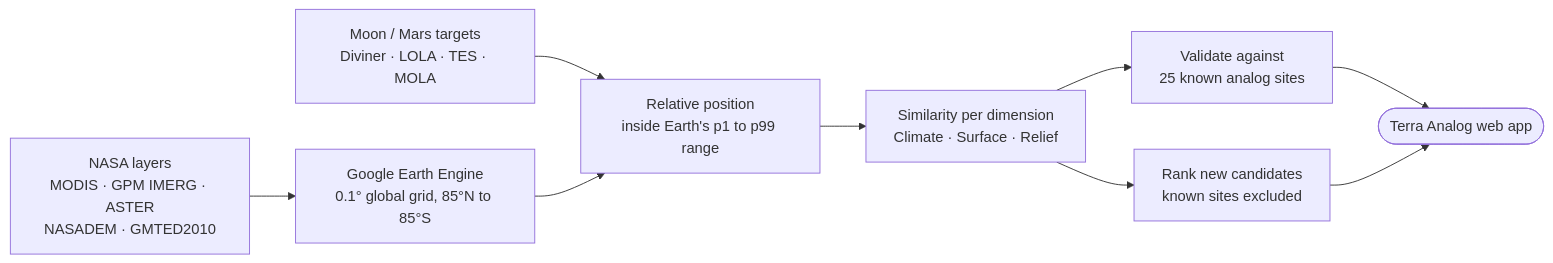
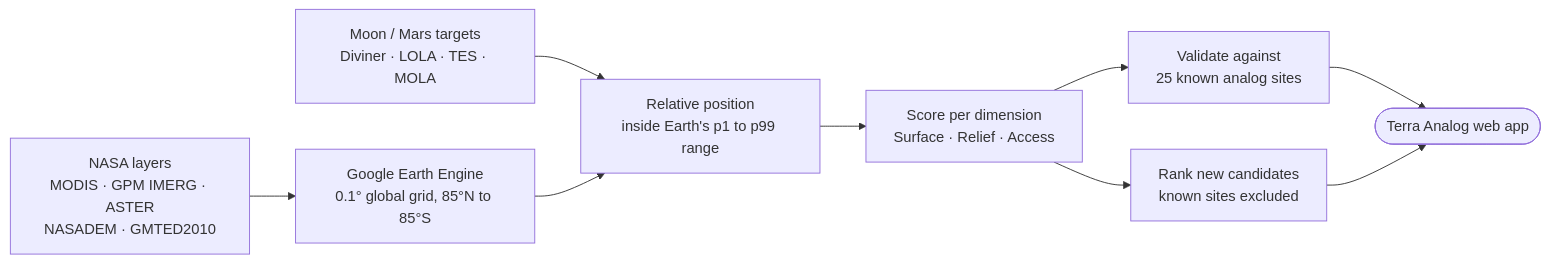
The diagram in README.md (ZenidX/logos-space-apps-2026), drawn with Mermaid before and after one commit. The commit also changed other lines of this file and 9 other files, not shown here.

````diff
--- a/README.md
+++ b/README.md
@@ -20,11 +20,11 @@
 ```mermaid
 flowchart LR
     A["NASA layers<br/>MODIS · GPM IMERG · ASTER<br/>NASADEM · GMTED2010"] --> B["Google Earth Engine<br/>0.1° global grid, 85°N to 85°S"]
     T["Moon / Mars targets<br/>Diviner · LOLA · TES · MOLA"] --> C
     B --> C["Relative position<br/>inside Earth's p1 to p99 range"]
-    C --> D["Similarity per dimension<br/>Climate · Surface · Relief"]
+    C --> D["Score per dimension<br/>Surface · Relief · Access"]
     D --> E["Validate against<br/>25 known analog sites"]
     D --> F["Rank new candidates<br/>known sites excluded"]
     E --> G(["Terra Analog web app"])
     F --> G
 ```
````
